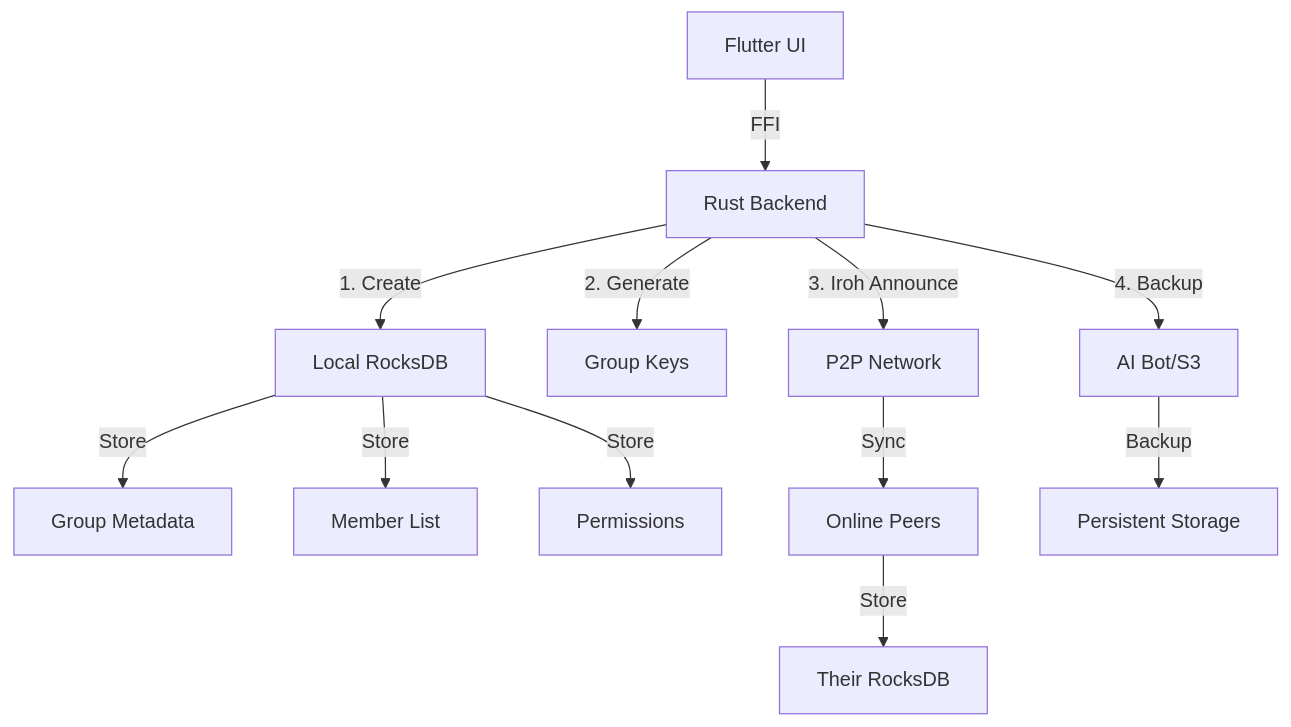
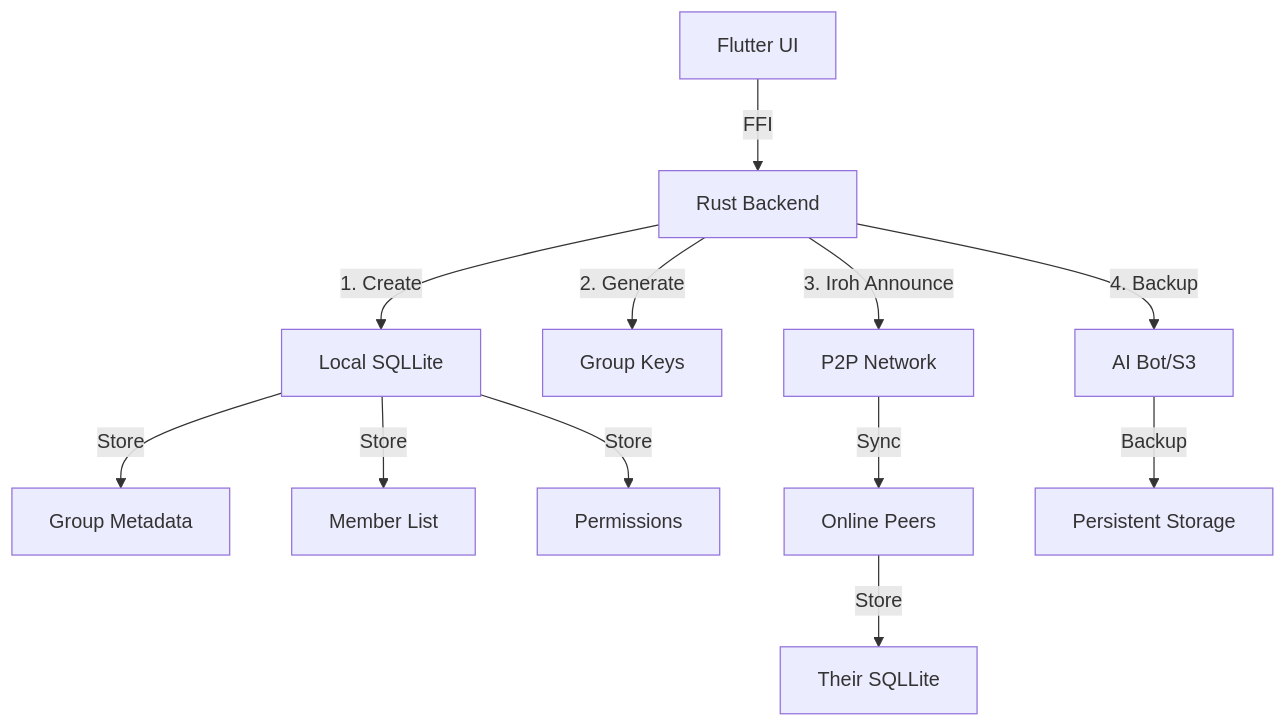
One commit to goldilocksfashion/dripp-backend changed the first of 13 diagrams in README.md. Above: the diagram before and after it, drawn with Mermaid. The commit also changed other lines of this file, not shown here.

````diff
--- a/README.md
+++ b/README.md
@@ -8,17 +8,17 @@
 ```mermaid
 graph TD
     A[Flutter UI] -->|FFI| B[Rust Backend]
-    B -->|1. Create| C[Local RocksDB]
+    B -->|1. Create| C[Local SQLLite]
     B -->|2. Generate| D[Group Keys]
     B -->|3. Iroh Announce| E[P2P Network]
     B -->|4. Backup| F[AI Bot/S3]
     
     C -->|Store| G[Group Metadata]
     C -->|Store| H[Member List]
     C -->|Store| I[Permissions]
     
     E -->|Sync| J[Online Peers]
-    J -->|Store| K[Their RocksDB]
+    J -->|Store| K[Their SQLLite]
     
     F -->|Backup| L[Persistent Storage]
 ```
````
